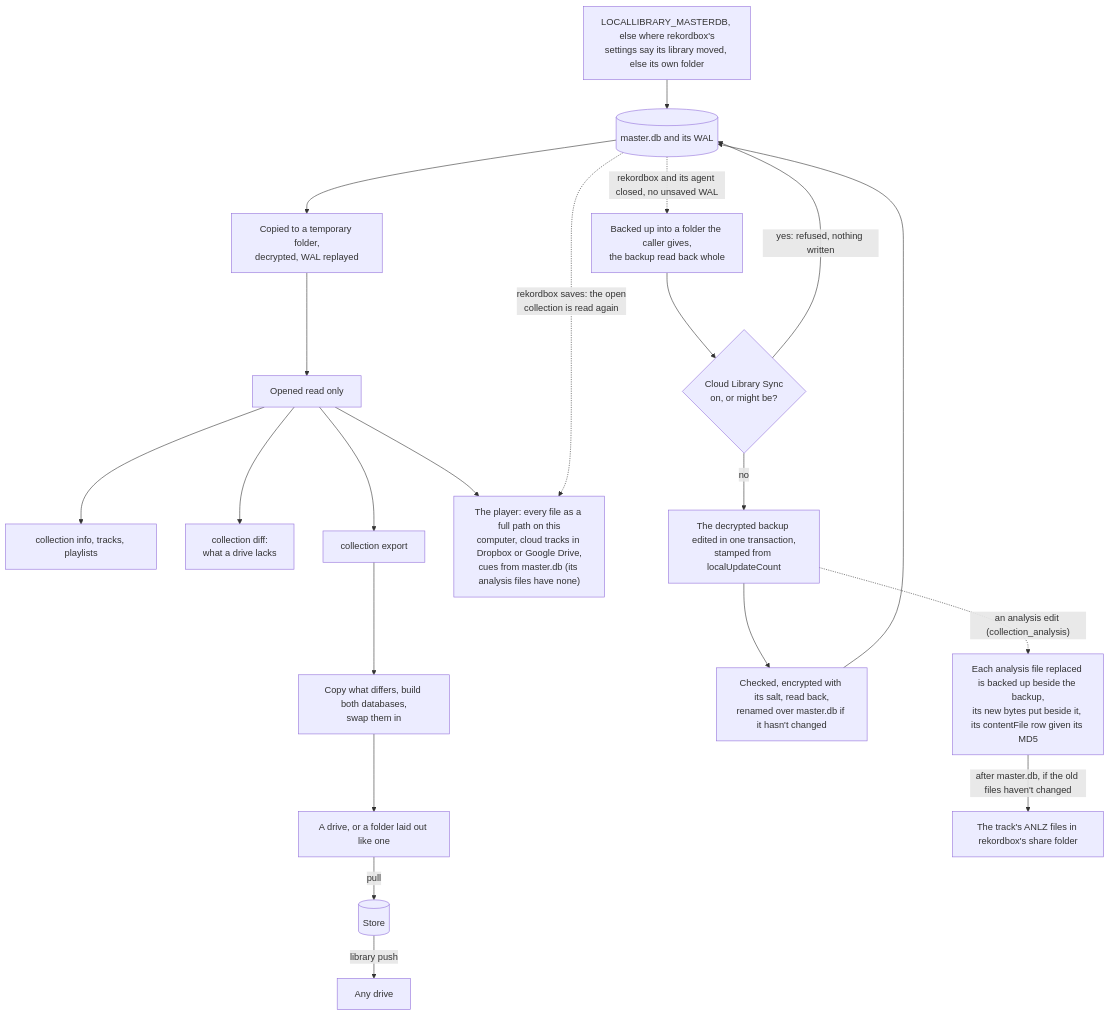
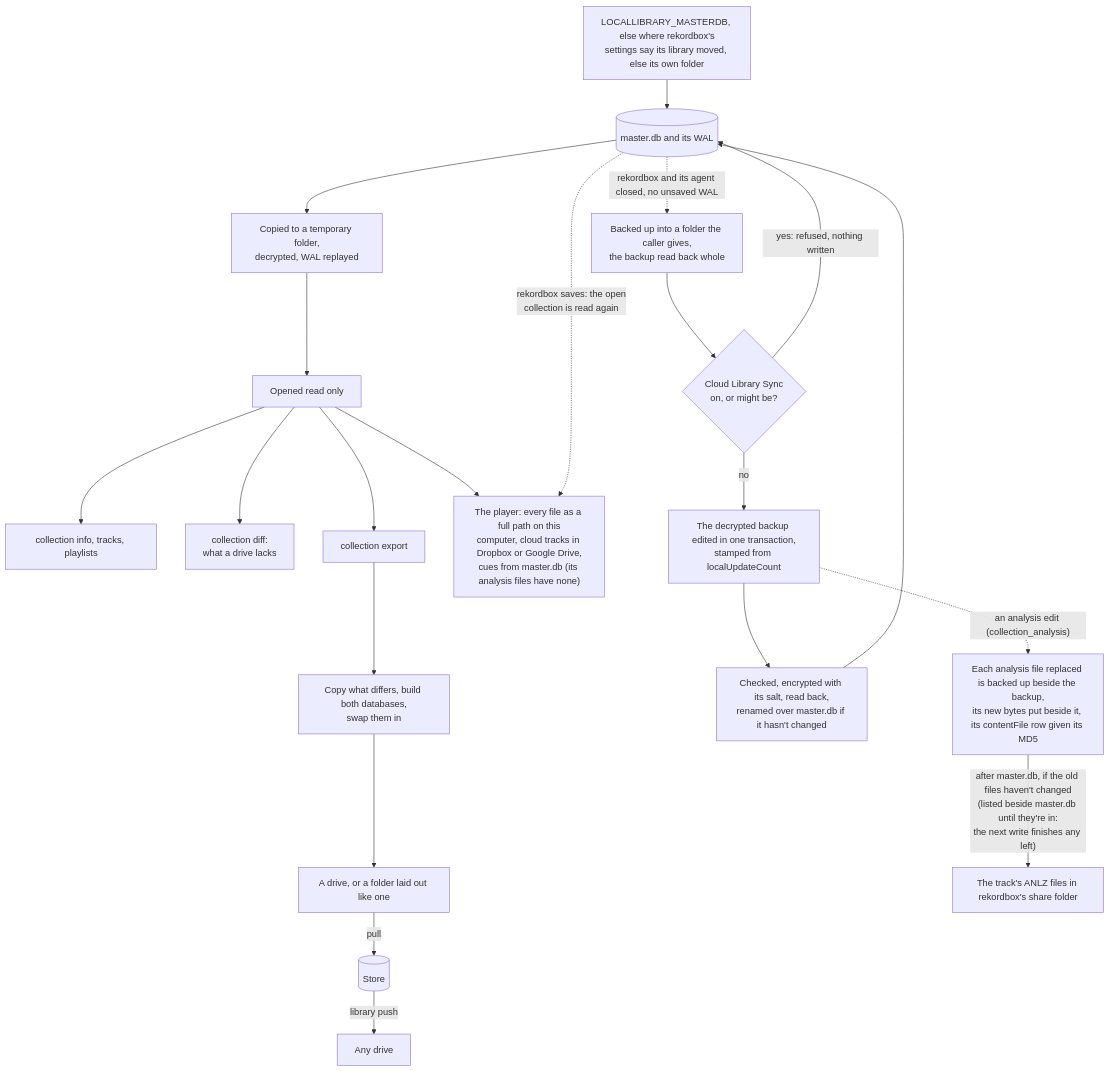
The fourth of 10 diagrams in apps/locallibrary/docs/diagrams/data.md (cutenode/localnetwork), drawn with Mermaid before and after one commit. The commit also changed 5 other files, not shown here.

First line of the commit message:
fix(loclib-rekordbox-db): finish an analysis write that stopped after master.db went in

````diff
--- a/apps/locallibrary/docs/diagrams/data.md
+++ b/apps/locallibrary/docs/diagrams/data.md
@@ -76,23 +76,23 @@
 ```mermaid
 flowchart TD
     find["LOCALLIBRARY_MASTERDB, else where rekordbox's<br/>settings say its library moved, else its own folder"] --> master
     master[("master.db and its WAL")] --> copy["Copied to a temporary folder,<br/>decrypted, WAL replayed"]
     copy --> read["Opened read only"]
     read --> reads["collection info, tracks, playlists"]
     read --> diff["collection diff:<br/>what a drive lacks"]
     read --> export["collection export"]
     read --> player["The player: every file as a full path on this<br/>computer, cloud tracks in Dropbox or Google Drive,<br/>cues from master.db (its analysis files have none)"]
     master -.->|"rekordbox saves: the open<br/>collection is read again"| player
     export --> write["Copy what differs, build both databases,<br/>swap them in"]
     write --> target["A drive, or a folder laid out like one"]
     target -->|"pull"| store[("Store")]
     store -->|"library push"| drive["Any drive"]
     master -.->|"rekordbox and its agent closed, no unsaved WAL"| backup["Backed up into a folder the caller gives,<br/>the backup read back whole"]
     backup --> synced{"Cloud Library Sync<br/>on, or might be?"}
     synced -->|"yes: refused, nothing written"| master
     synced -->|no| edit["The decrypted backup edited in one transaction,<br/>stamped from localUpdateCount"]
     edit --> swap["Checked, encrypted with its salt, read back,<br/>renamed over master.db if it hasn't changed"]
     swap --> master
     edit -.->|"an analysis edit (collection_analysis)"| anlz["Each analysis file replaced is backed up beside the backup,<br/>its new bytes put beside it, its contentFile row given its MD5"]
-    anlz -->|"after master.db, if the old files haven't changed"| share["The track's ANLZ files in rekordbox's share folder"]
+    anlz -->|"after master.db, if the old files haven't changed<br/>(listed beside master.db until they're in:<br/>the next write finishes any left)"| share["The track's ANLZ files in rekordbox's share folder"]
 ```
````
